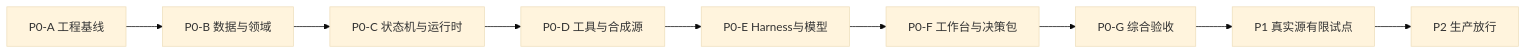
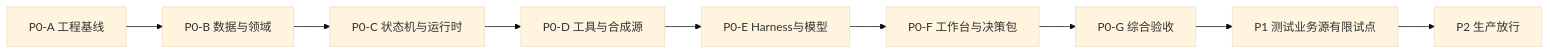
One commit to yigeyige/finance-agent changed the diagram in solutions/开发任务基线/00-财务共享智能运维Agent-开发任务总览.md. Above: the diagram before and after it, drawn with Mermaid (base theme). The commit also changed other lines of this file and 18 other files, not shown here.

````diff
--- a/solutions/开发任务基线/00-财务共享智能运维Agent-开发任务总览.md
+++ b/solutions/开发任务基线/00-财务共享智能运维Agent-开发任务总览.md
@@ -44,11 +44,11 @@
 ```mermaid
 flowchart LR
     B[P0-A 工程基线] --> D[P0-B 数据与领域]
     D --> R[P0-C 状态机与运行时]
     R --> T[P0-D 工具与合成源]
     T --> H[P0-E Harness与模型]
     H --> U[P0-F 工作台与决策包]
     U --> Q[P0-G 综合验收]
-    Q --> P1[P1 真实源有限试点]
+    Q --> P1[P1 测试业务源有限试点]
     P1 --> P2[P2 生产放行]
 ```
````
